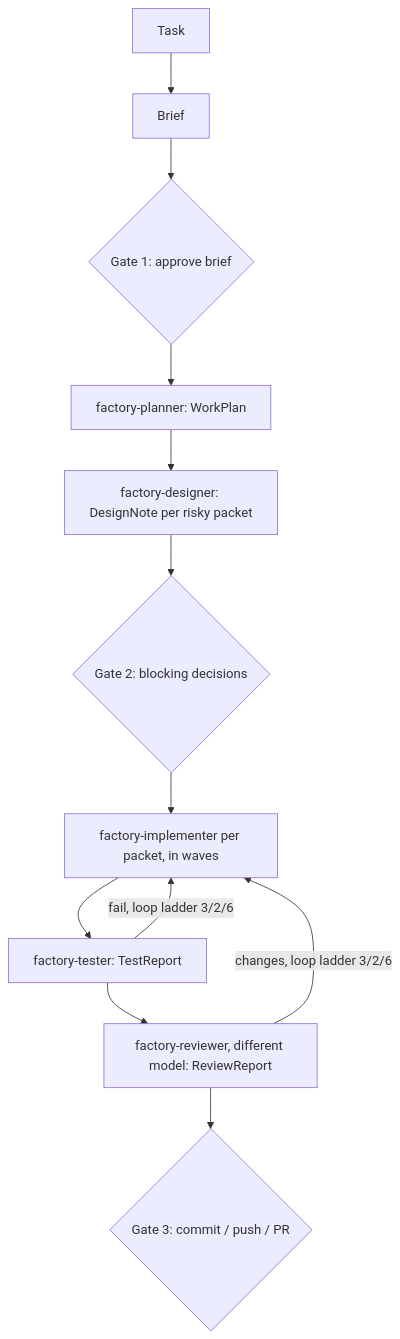
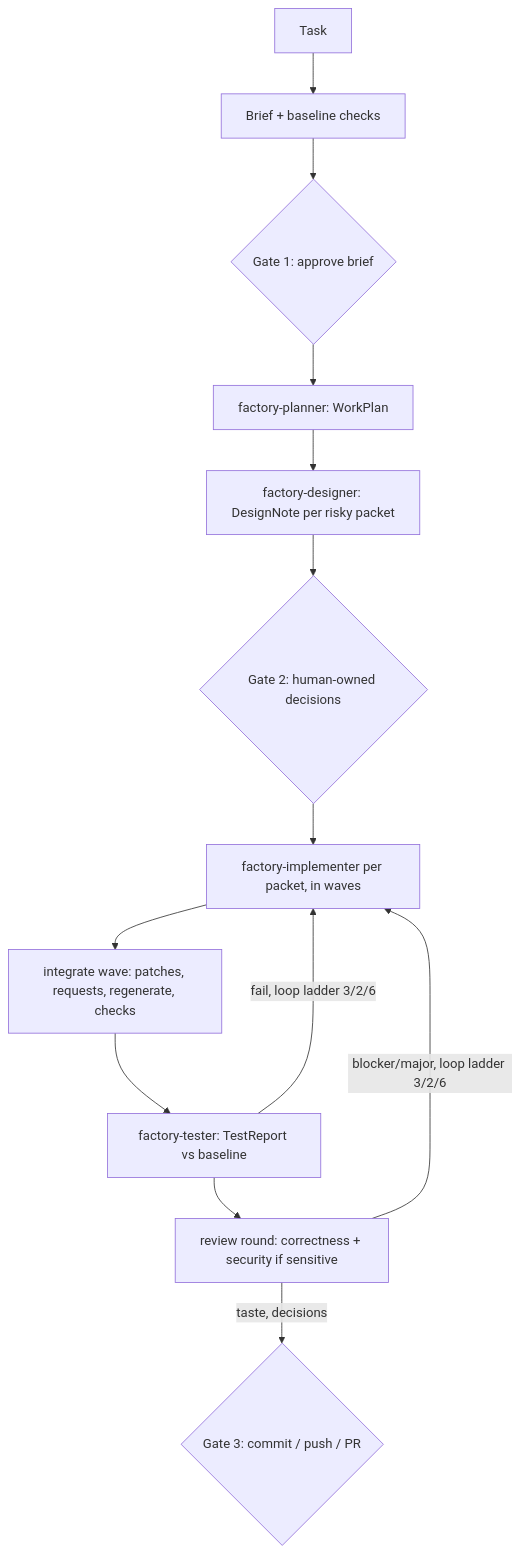
One commit to earaya/omp-factory changed the diagram in README.md. Above: the diagram before and after it, drawn with Mermaid. The commit also changed other lines of this file and 18 other files, not shown here.

First line of the commit message:
feat: taste deferral, shared ownership, split review, baseline, milestones

````diff
--- a/README.md
+++ b/README.md
@@ -5,13 +5,14 @@
 ```mermaid
 flowchart TD
-  U[Task] --> B[Brief] --> G1{Gate 1: approve brief}
+  U[Task] --> B[Brief + baseline checks] --> G1{Gate 1: approve brief}
   G1 --> P[factory-planner: WorkPlan]
   P --> D[factory-designer: DesignNote per risky packet]
-  D --> G2{Gate 2: blocking decisions}
+  D --> G2{Gate 2: human-owned decisions}
   G2 --> I[factory-implementer per packet, in waves]
-  I --> T[factory-tester: TestReport]
+  I --> W[integrate wave: patches, requests, regenerate, checks]
+  W --> T[factory-tester: TestReport vs baseline]
   T -->|fail, loop ladder 3/2/6| I
-  T --> R[factory-reviewer, different model: ReviewReport]
-  R -->|changes, loop ladder 3/2/6| I
-  R --> G3{Gate 3: commit / push / PR}
+  T --> R[review round: correctness + security if sensitive]
+  R -->|blocker/major, loop ladder 3/2/6| I
+  R -->|taste, decisions| G3{Gate 3: commit / push / PR}
 ```
````
